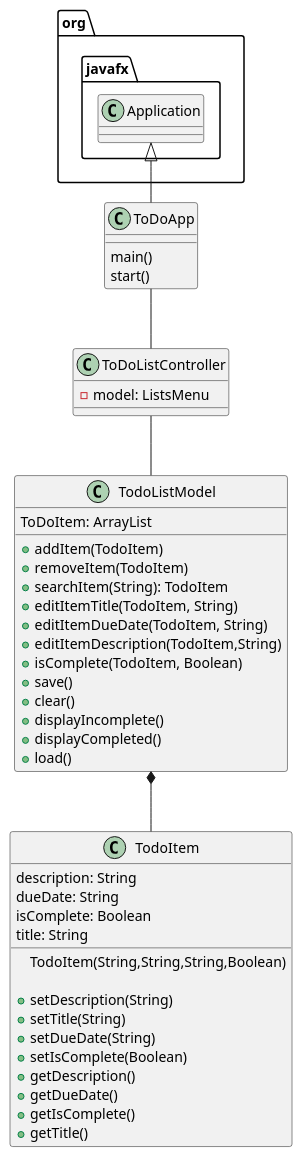
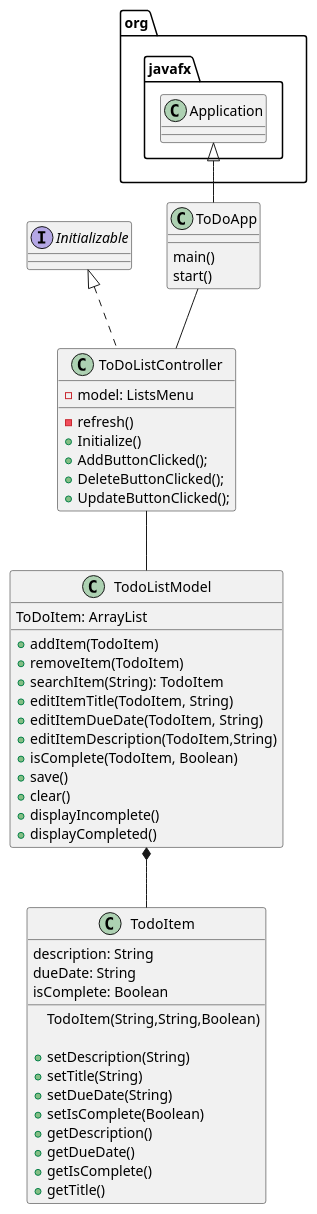
Before and after one commit to dangh2809/dang-cop3330-assignment4part2: the diagram in uml/ToDoList.puml, drawn with PlantUML. The commit also changed 12 other files, not shown here.

```diff
--- a/uml/ToDoList.puml
+++ b/uml/ToDoList.puml
@@ -1,52 +1,55 @@
 @startuml
 'https://plantuml.com/class-diagram
-class ToDoApp{
+class ToDoApp extends org.javafx.Application{
     main()
     start()
 }
-class ToDoListController{
+class ToDoListController implements Initializable{
     -model: ListsMenu
-
+    -refresh()
     'GUI event handlers
+    +Initialize()
+    +AddButtonClicked();
+    +DeleteButtonClicked();
+    +UpdateButtonClicked();
 }
 
 class TodoListModel{
     ToDoItem: ArrayList
 
     +addItem(TodoItem)
     +removeItem(TodoItem)
     +searchItem(String): TodoItem
     +editItemTitle(TodoItem, String)
     +editItemDueDate(TodoItem, String)
     +editItemDescription(TodoItem,String)
     +isComplete(TodoItem, Boolean)
     +save()
     +clear()
     +displayIncomplete()
     +displayCompleted()
-    +load()
 }
 class TodoItem{
     description: String
     dueDate: String
     isComplete: Boolean
-    title: String
 
-    TodoItem(String,String,String,Boolean)
+
+    TodoItem(String,String,Boolean)
 
     +setDescription(String)
     +setTitle(String)
     +setDueDate(String)
     +setIsComplete(Boolean)
     +getDescription()
     +getDueDate()
     +getIsComplete()
     +getTitle()
 
 }
 
-org.javafx.Application <|-- ToDoApp
+
 ToDoApp -- ToDoListController
 ToDoListController -- TodoListModel
 TodoListModel *-- TodoItem
 @enduml
```
